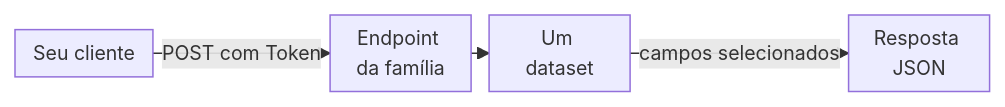
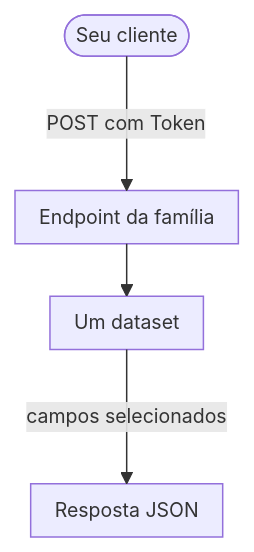
One commit to aziontech/docs changed the diagram in apps/docs/src/content/docs/pt-br/homes/graphql-home.mdx. Above: the diagram before and after it, drawn with Mermaid. The commit also changed 179 other files, not shown here.

Commit message:
docs(diagrams): redraw every other diagram in the use-case diagram style (#2513)

````diff
--- a/apps/docs/src/content/docs/pt-br/homes/graphql-home.mdx
+++ b/apps/docs/src/content/docs/pt-br/homes/graphql-home.mdx
@@ -80,7 +80,7 @@
 ```mermaid
-%%{init: {"layout": "dagre", "themeVariables": {"fontSize": "13px"}, "flowchart": {"nodeSpacing": 12, "rankSpacing": 12, "padding": 6, "wrappingWidth": 70, "minNodeWidth": 40, "useMaxWidth": true}}}%%
-flowchart LR
-  Client["Seu cliente"] -->|"POST com Token"| Endpoint["Endpoint da família"]
+%%{init: {"layout": "elk", "themeVariables": {"fontSize": "13px"}, "flowchart": {"nodeSpacing": 24, "rankSpacing": 36, "padding": 8, "wrappingWidth": 150, "useMaxWidth": true}, "sequence": {"width": 120, "actorMargin": 30, "useMaxWidth": true}}}%%
+flowchart TD
+  Client(["Seu cliente"]) -->|"POST com Token"| Endpoint["Endpoint da família"]
   Endpoint --> Dataset["Um dataset"]
   Dataset -->|"campos selecionados"| Json["Resposta JSON"]
 ```
````
